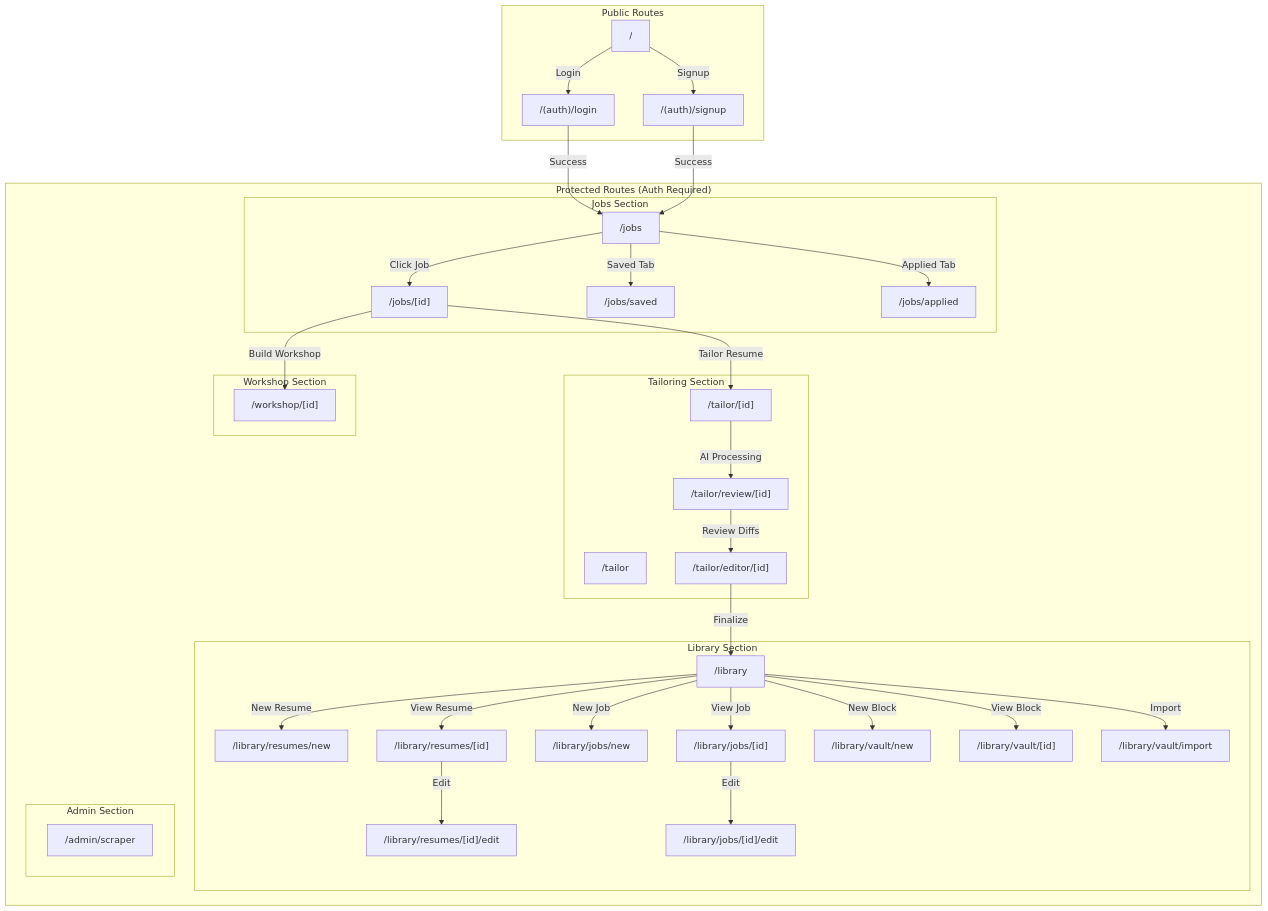
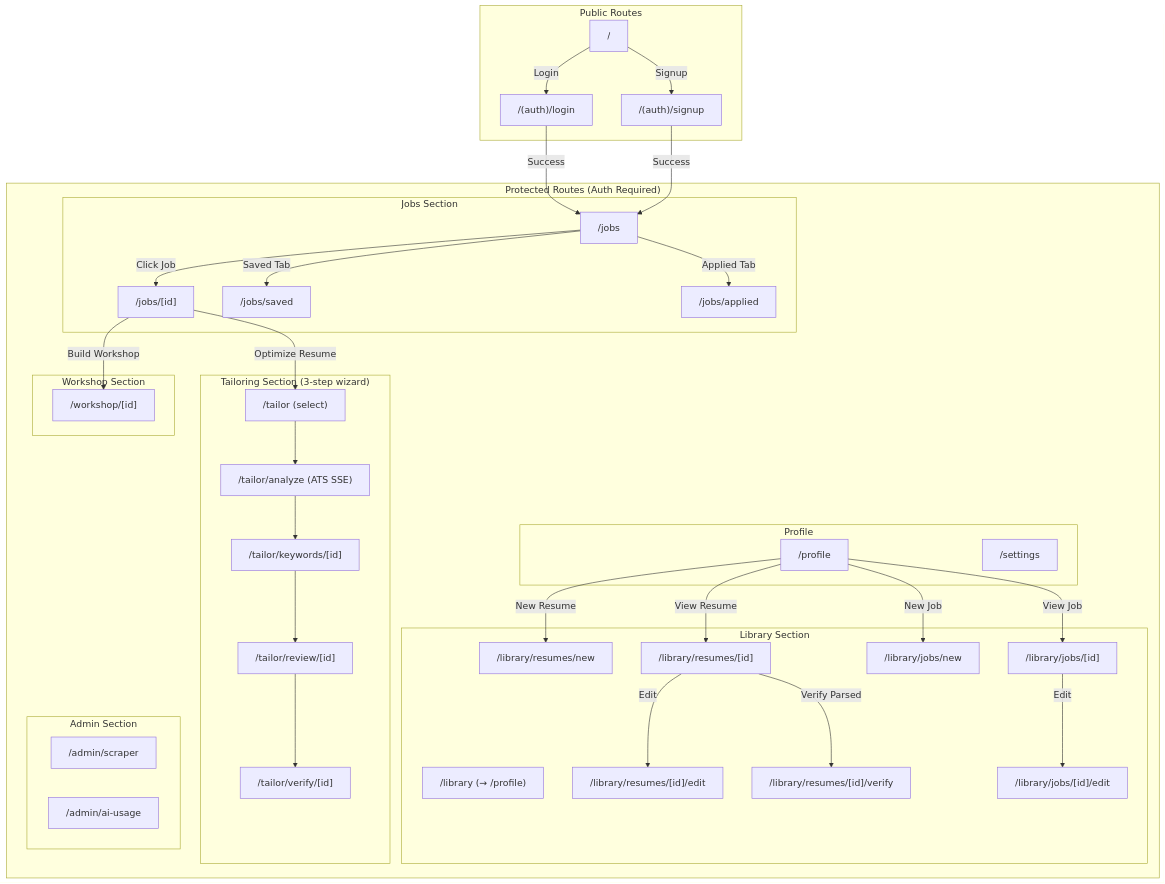
One commit to Sungchunn/AI-Resume-Tailor changed diagram 17 of 33 in docs/architecture/system-architecture.md. Above: the diagram before and after it, drawn with Mermaid. The commit also changed other lines of this file, not shown here.

First line of the commit message:
docs: Refresh system-architecture to match current codebase

````diff
--- a/docs/architecture/system-architecture.md
+++ b/docs/architecture/system-architecture.md
@@ -1150,71 +1241,72 @@
 ```mermaid
 flowchart TB
     subgraph Public["Public Routes"]
         Landing["/"]
         Login["/(auth)/login"]
         Signup["/(auth)/signup"]
     end
 
     subgraph Protected["Protected Routes (Auth Required)"]
+        subgraph Profile["Profile"]
+            ProfilePage["/profile"]
+            SettingsPage["/settings"]
+        end
+
         subgraph Jobs["Jobs Section"]
             JobsList["/jobs"]
             JobDetail["/jobs/[id]"]
             SavedJobs["/jobs/saved"]
             AppliedJobs["/jobs/applied"]
         end
 
         subgraph Library["Library Section"]
-            LibDash["/library"]
+            LibDash["/library (→ /profile)"]
             ResNew["/library/resumes/new"]
             ResView["/library/resumes/[id]"]
             ResEdit["/library/resumes/[id]/edit"]
+            ResVerify["/library/resumes/[id]/verify"]
             JobNew["/library/jobs/new"]
             JobView["/library/jobs/[id]"]
             JobEdit["/library/jobs/[id]/edit"]
-            VaultNew["/library/vault/new"]
-            VaultView["/library/vault/[id]"]
-            VaultImport["/library/vault/import"]
         end
 
-        subgraph Tailor["Tailoring Section"]
-            TailorHub["/tailor"]
-            TailorInit["/tailor/[id]"]
+        subgraph Tailor["Tailoring Section (3-step wizard)"]
+            TailorHub["/tailor (select)"]
+            TailorAnalyze["/tailor/analyze (ATS SSE)"]
+            TailorKeywords["/tailor/keywords/[id]"]
             TailorReview["/tailor/review/[id]"]
-            TailorEditor["/tailor/editor/[id]"]
+            TailorVerify["/tailor/verify/[id]"]
         end
 
         subgraph Workshop["Workshop Section"]
             WorkshopPage["/workshop/[id]"]
         end
 
         subgraph Admin["Admin Section"]
             AdminScraper["/admin/scraper"]
+            AdminAIUsage["/admin/ai-usage"]
         end
     end
 
     Landing --> |"Signup"| Signup
     Landing --> |"Login"| Login
     Login --> |"Success"| JobsList
     Signup --> |"Success"| JobsList
 
     JobsList --> |"Click Job"| JobDetail
     JobsList --> |"Saved Tab"| SavedJobs
     JobsList --> |"Applied Tab"| AppliedJobs
 
-    LibDash --> |"New Resume"| ResNew
-    LibDash --> |"View Resume"| ResView
+    ProfilePage --> |"New Resume"| ResNew
+    ProfilePage --> |"View Resume"| ResView
     ResView --> |"Edit"| ResEdit
-    LibDash --> |"New Job"| JobNew
-    LibDash --> |"View Job"| JobView
+    ResView --> |"Verify Parsed"| ResVerify
+    ProfilePage --> |"New Job"| JobNew
+    ProfilePage --> |"View Job"| JobView
     JobView --> |"Edit"| JobEdit
-    LibDash --> |"New Block"| VaultNew
-    LibDash --> |"View Block"| VaultView
-    LibDash --> |"Import"| VaultImport
 
-    JobDetail --> |"Tailor Resume"| TailorInit
-    TailorInit --> |"AI Processing"| TailorReview
-    TailorReview --> |"Review Diffs"| TailorEditor
-    TailorEditor --> |"Finalize"| LibDash
+    JobDetail --> |"Optimize Resume"| TailorHub
+    TailorHub --> TailorAnalyze --> TailorKeywords --> TailorReview --> TailorVerify
 
     JobDetail --> |"Build Workshop"| WorkshopPage
 ```
````
